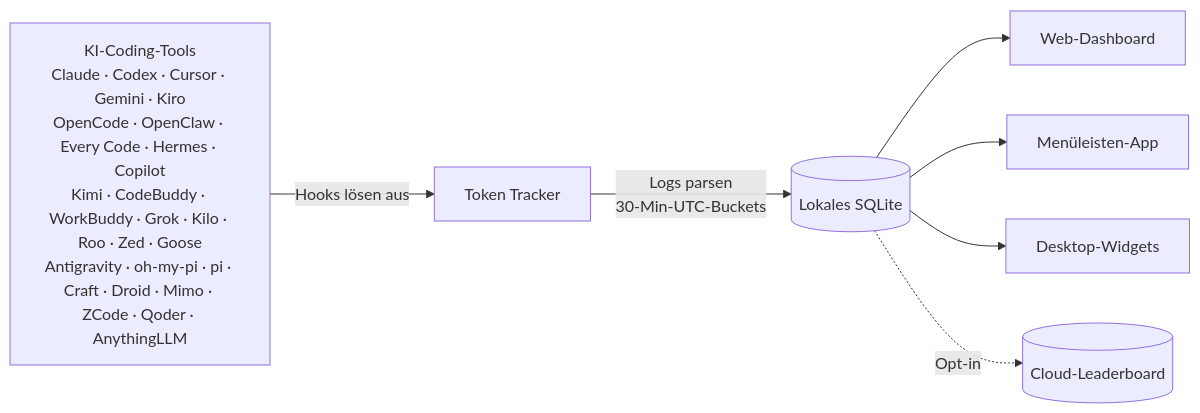
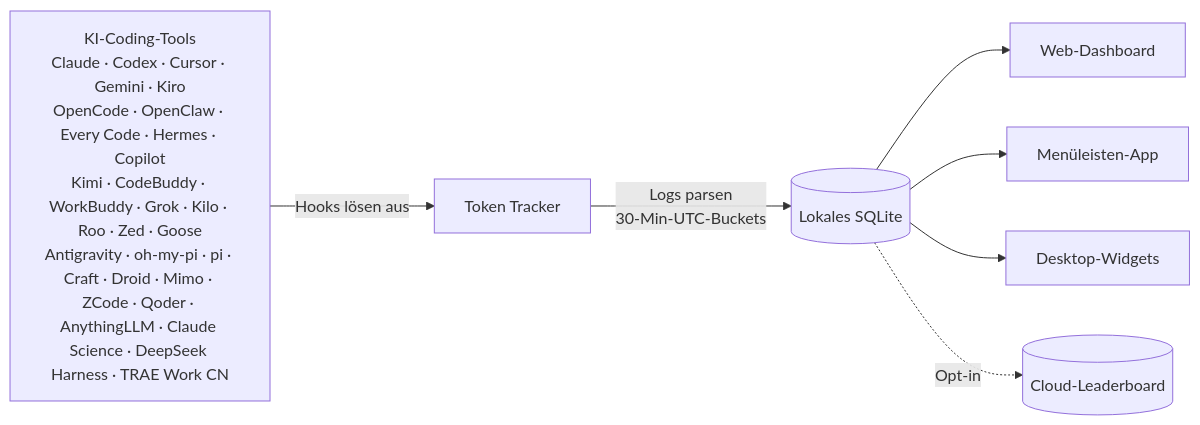
Before and after one commit to CrazyForks/TokenTracker: the diagram in README.de.md, drawn with Mermaid. The commit also changed other lines of this file and 43 other files, not shown here.

First line of the commit message:
feat: 支持 TRAE Work CN Token 统计 (#474)

````diff
--- a/README.de.md
+++ b/README.de.md
@@ -231,10 +232,10 @@
 ```mermaid
 flowchart LR
-    A["KI-Coding-Tools<br/>Claude · Codex · Cursor · Gemini · Kiro<br/>OpenCode · OpenClaw · Every Code · Hermes · Copilot<br/>Kimi · CodeBuddy · WorkBuddy · Grok · Kilo · Roo · Zed · Goose<br/>Antigravity · oh-my-pi · pi · Craft · Droid · Mimo · ZCode · Qoder · AnythingLLM"]
+    A["KI-Coding-Tools<br/>Claude · Codex · Cursor · Gemini · Kiro<br/>OpenCode · OpenClaw · Every Code · Hermes · Copilot<br/>Kimi · CodeBuddy · WorkBuddy · Grok · Kilo · Roo · Zed · Goose<br/>Antigravity · oh-my-pi · pi · Craft · Droid · Mimo · ZCode · Qoder · AnythingLLM · Claude Science · DeepSeek Harness · TRAE Work CN"]
     A -->|Hooks lösen aus| B[Token Tracker]
     B -->|Logs parsen<br/>30-Min-UTC-Buckets| C[(Lokales SQLite)]
     C --> D[Web-Dashboard]
     C --> E[Menüleisten-App]
     C --> F[Desktop-Widgets]
     C -.->|Opt-in| G[(Cloud-Leaderboard)]
 ```
````
